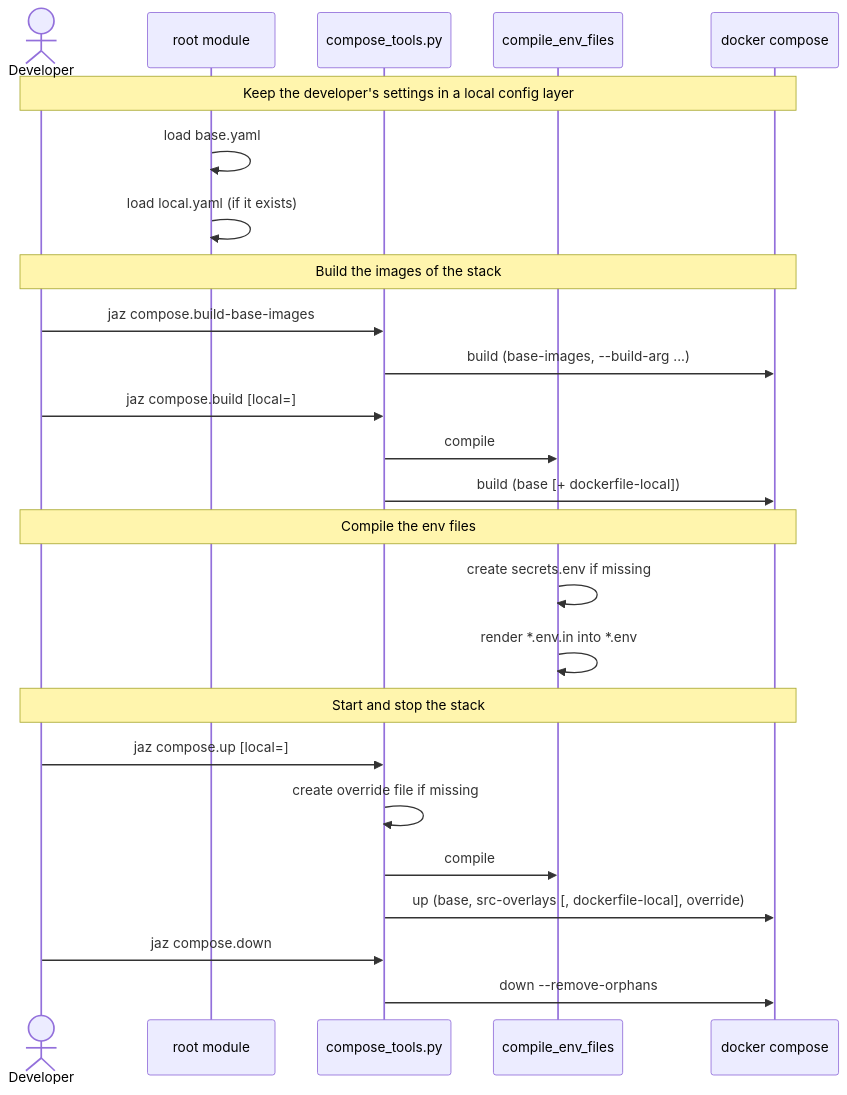
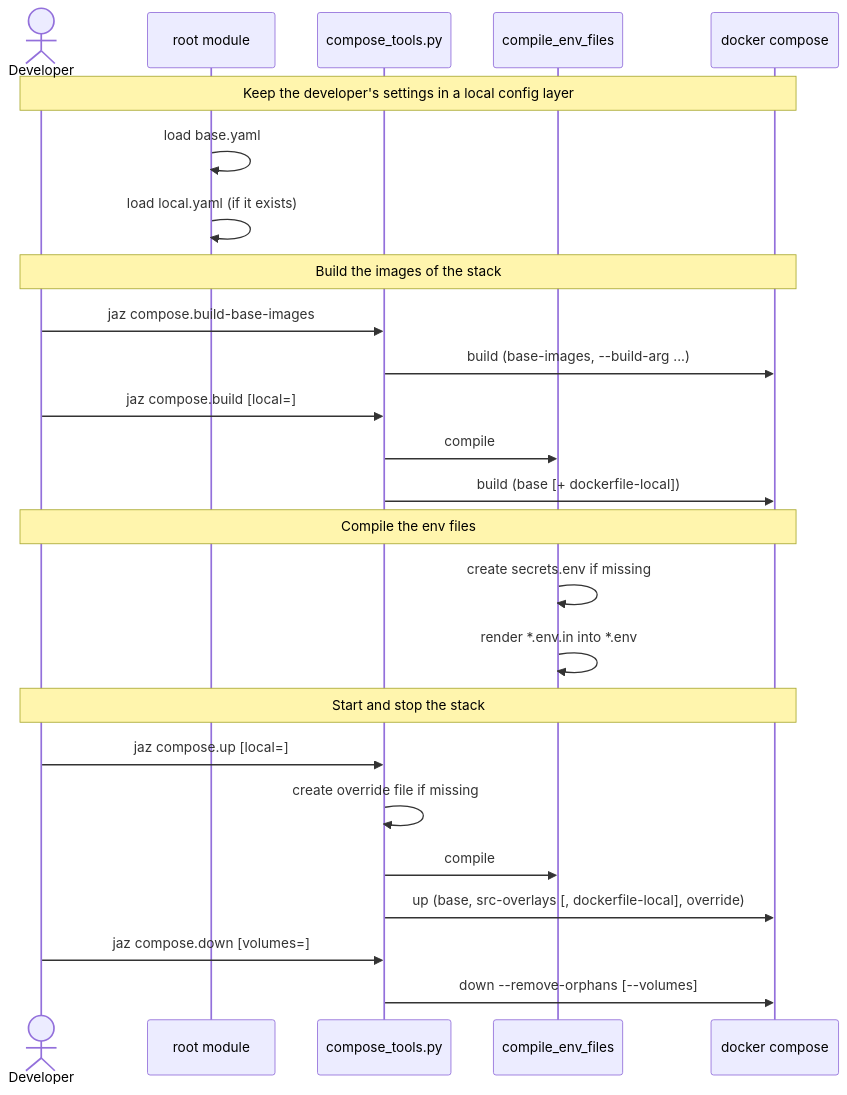
The diagram in extra/prompts/examples/blogs/doc/spec/using_the_local_env/scenarios/s20_a_developer_builds_and_starts_the_stack.md (mnieber/mn-prompts), drawn with Mermaid before and after one commit. The commit also changed other lines of this file and 12 other files, not shown here.

Commit message:
Fix jaz compose.init

````diff
--- a/extra/prompts/examples/blogs/doc/spec/using_the_local_env/scenarios/s20_a_developer_builds_and_starts_the_stack.md
+++ b/extra/prompts/examples/blogs/doc/spec/using_the_local_env/scenarios/s20_a_developer_builds_and_starts_the_stack.md
@@ -49,31 +50,31 @@
 ```mermaid
 sequenceDiagram
     actor Developer
     participant Root as root module
     participant CT as compose_tools.py
     participant CEF as compile_env_files
     participant DC as docker compose
 
     Note over Developer,DC: Keep the developer's settings in a local config layer
     Root->>Root: load base.yaml
     Root->>Root: load local.yaml (if it exists)
 
     Note over Developer,DC: Build the images of the stack
     Developer->>CT: jaz compose.build-base-images
     CT->>DC: build (base-images, --build-arg ...)
     Developer->>CT: jaz compose.build [local=]
     CT->>CEF: compile
     CT->>DC: build (base [+ dockerfile-local])
 
     Note over Developer,DC: Compile the env files
     CEF->>CEF: create secrets.env if missing
     CEF->>CEF: render *.env.in into *.env
 
     Note over Developer,DC: Start and stop the stack
     Developer->>CT: jaz compose.up [local=]
     CT->>CT: create override file if missing
     CT->>CEF: compile
     CT->>DC: up (base, src-overlays [, dockerfile-local], override)
-    Developer->>CT: jaz compose.down
-    CT->>DC: down --remove-orphans
+    Developer->>CT: jaz compose.down [volumes=]
+    CT->>DC: down --remove-orphans [--volumes]
 ```
````
